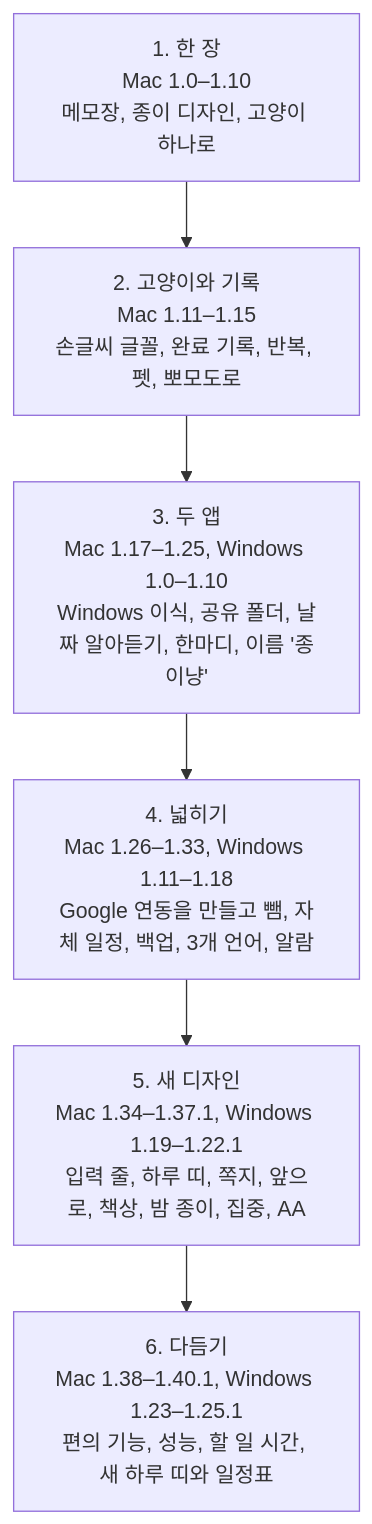
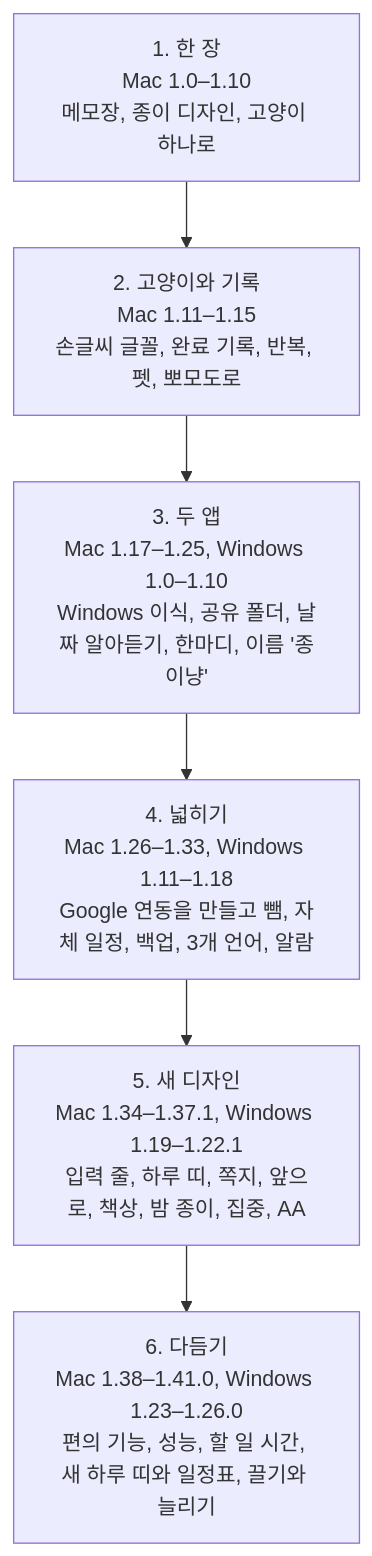
One commit to leeahwi/jongi-nyang-app changed the diagram in portfolio/timeline.md. Above: the diagram before and after it, drawn with Mermaid. The commit also changed other lines of this file and 64 other files, not shown here.

Commit message:
종이냥 — Mac 1.41.0 · Windows 1.26.0

````diff
--- a/portfolio/timeline.md
+++ b/portfolio/timeline.md
@@ -5,10 +5,10 @@
 ```mermaid
 flowchart TB
     A["1. 한 장<br/>Mac 1.0–1.10<br/>메모장, 종이 디자인, 고양이 하나로"]
     B["2. 고양이와 기록<br/>Mac 1.11–1.15<br/>손글씨 글꼴, 완료 기록, 반복, 펫, 뽀모도로"]
     C["3. 두 앱<br/>Mac 1.17–1.25, Windows 1.0–1.10<br/>Windows 이식, 공유 폴더, 날짜 알아듣기, 한마디, 이름 '종이냥'"]
     D["4. 넓히기<br/>Mac 1.26–1.33, Windows 1.11–1.18<br/>Google 연동을 만들고 뺌, 자체 일정, 백업, 3개 언어, 알람"]
     E["5. 새 디자인<br/>Mac 1.34–1.37.1, Windows 1.19–1.22.1<br/>입력 줄, 하루 띠, 쪽지, 앞으로, 책상, 밤 종이, 집중, AA"]
-    F["6. 다듬기<br/>Mac 1.38–1.40.1, Windows 1.23–1.25.1<br/>편의 기능, 성능, 할 일 시간, 새 하루 띠와 일정표"]
+    F["6. 다듬기<br/>Mac 1.38–1.41.0, Windows 1.23–1.26.0<br/>편의 기능, 성능, 할 일 시간, 새 하루 띠와 일정표, 끌기와 늘리기"]
     A --> B --> C --> D --> E --> F
 ```
````
